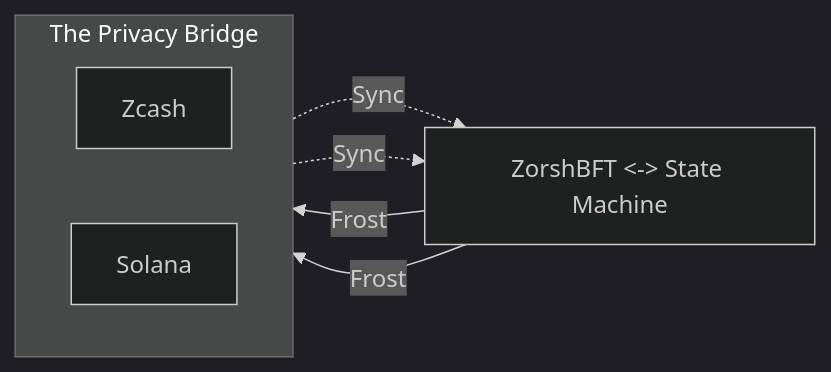
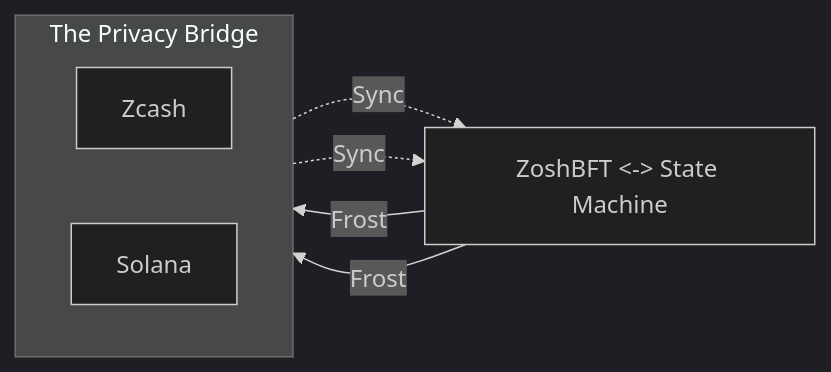
One commit to clearloop/zosh changed the diagram in docs/src/intro.md. Above: the diagram before and after it, drawn with Mermaid (dark theme). The commit also changed 6 other files, not shown here.

````diff
--- a/docs/src/intro.md
+++ b/docs/src/intro.md
@@ -27,18 +27,18 @@
 ```mermaid
 flowchart LR
     A[Zcash]
     B[Solana]
-    C[ZorshBFT <-> State Machine]
+    C[ZoshBFT <-> State Machine]
 
     A -.-> |Sync| C
     B -.-> |Sync| C
     C --> |Frost| A
     C --> |Frost| B
 
     subgraph The Privacy Bridge
         direction LR
         A
         B
     end
 
 ```
````
